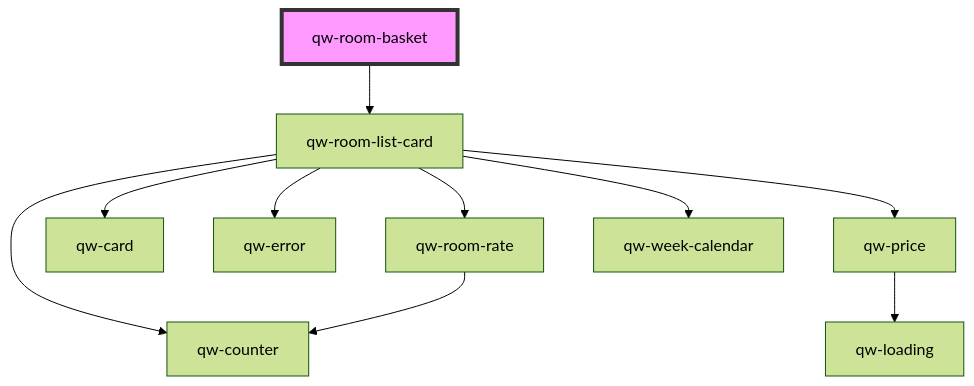
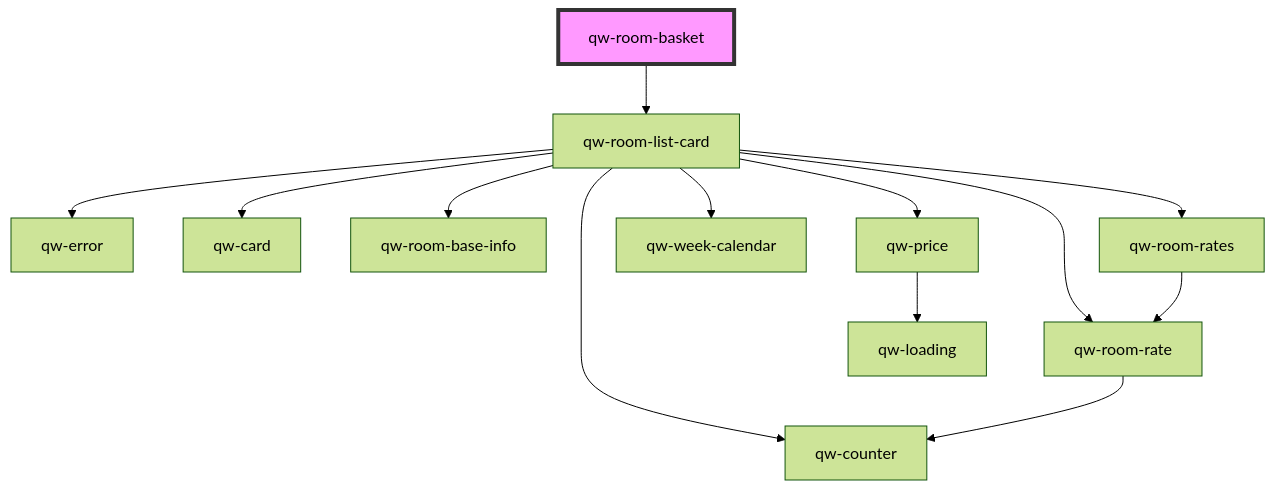
Before and after one commit to qwentes-team/qw-hotels: the diagram in src/components/qw-room-basket/readme.md, drawn with Mermaid (forest theme). The commit also changed 24 other files, not shown here.

Commit message:
feat(room-list): type card

````diff
--- a/src/components/qw-room-basket/readme.md
+++ b/src/components/qw-room-basket/readme.md
@@ -22,13 +22,16 @@
 ```mermaid
 graph TD;
   qw-room-basket --> qw-room-list-card
   qw-room-list-card --> qw-room-rate
+  qw-room-list-card --> qw-error
   qw-room-list-card --> qw-card
-  qw-room-list-card --> qw-error
+  qw-room-list-card --> qw-room-base-info
   qw-room-list-card --> qw-price
   qw-room-list-card --> qw-week-calendar
+  qw-room-list-card --> qw-room-rates
   qw-room-list-card --> qw-counter
   qw-room-rate --> qw-counter
   qw-price --> qw-loading
+  qw-room-rates --> qw-room-rate
   style qw-room-basket fill:#f9f,stroke:#333,stroke-width:4px
 ```
````
